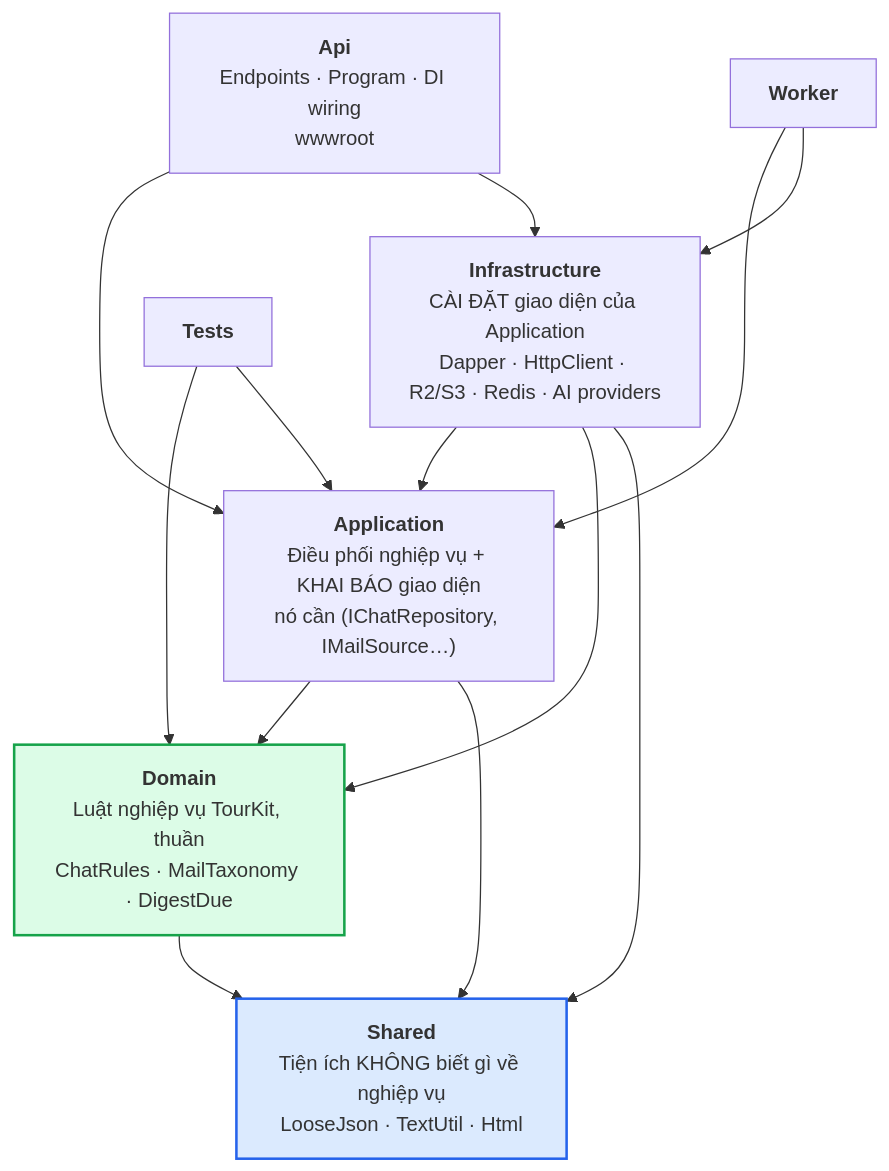
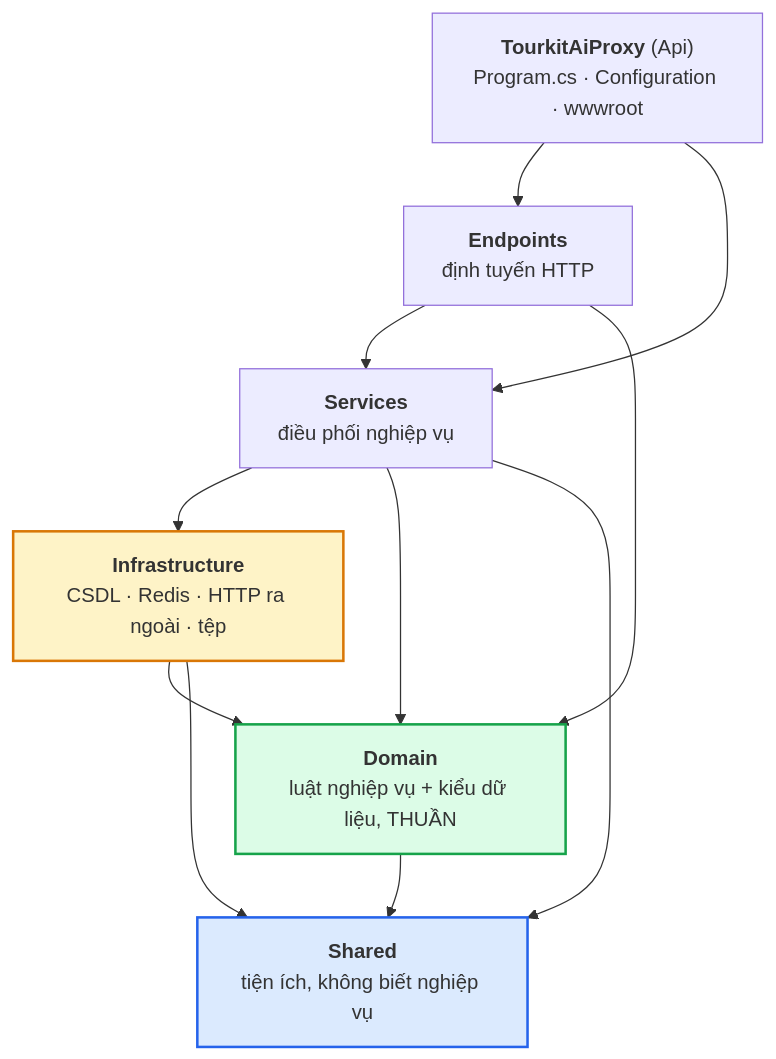
Before and after one commit to trieuthang1991/tourkit-ai-proxy: the diagram in docs/ARCHITECTURE.md, drawn with Mermaid. The commit also changed other lines of this file and 20 other files, not shown here.

````diff
--- a/docs/ARCHITECTURE.md
+++ b/docs/ARCHITECTURE.md
@@ -101,26 +12,24 @@
 ```mermaid
 flowchart TB
-  API["<b>Api</b><br/>Endpoints · Program · DI wiring<br/>wwwroot"]
-  APP["<b>Application</b><br/>Điều phối nghiệp vụ + KHAI BÁO giao diện<br/>nó cần (IChatRepository, IMailSource…)"]
-  DOM["<b>Domain</b><br/>Luật nghiệp vụ TourKit, thuần<br/>ChatRules · MailTaxonomy · DigestDue"]
-  INF["<b>Infrastructure</b><br/>CÀI ĐẶT giao diện của Application<br/>Dapper · HttpClient · R2/S3 · Redis · AI providers"]
-  SHR["<b>Shared</b><br/>Tiện ích KHÔNG biết gì về nghiệp vụ<br/>LooseJson · TextUtil · Html"]
-  WK["<b>Worker</b>"]
-  TS["<b>Tests</b>"]
+  API["<b>TourkitAiProxy</b> (Api)<br/>Program.cs · Configuration · wwwroot"]
+  EP["<b>Endpoints</b><br/>định tuyến HTTP"]
+  SV["<b>Services</b><br/>điều phối nghiệp vụ"]
+  INF["<b>Infrastructure</b><br/>CSDL · Redis · HTTP ra ngoài · tệp"]
+  DOM["<b>Domain</b><br/>luật nghiệp vụ + kiểu dữ liệu, THUẦN"]
+  SHR["<b>Shared</b><br/>tiện ích, không biết nghiệp vụ"]
 
-  API --> APP
-  API --> INF
-  APP --> DOM
-  INF --> APP
+  API --> EP
+  API --> SV
+  EP --> SV
+  SV --> INF
+  SV --> DOM
   INF --> DOM
+  EP --> DOM
   DOM --> SHR
-  APP --> SHR
+  SV --> SHR
   INF --> SHR
-  WK --> APP
-  WK --> INF
-  TS --> DOM
-  TS --> APP
 
   style DOM fill:#DCFCE7,stroke:#16A34A,stroke-width:2px
   style SHR fill:#DBEAFE,stroke:#2563EB,stroke-width:2px
+  style INF fill:#FEF3C7,stroke:#D97706,stroke-width:2px
 ```
````
